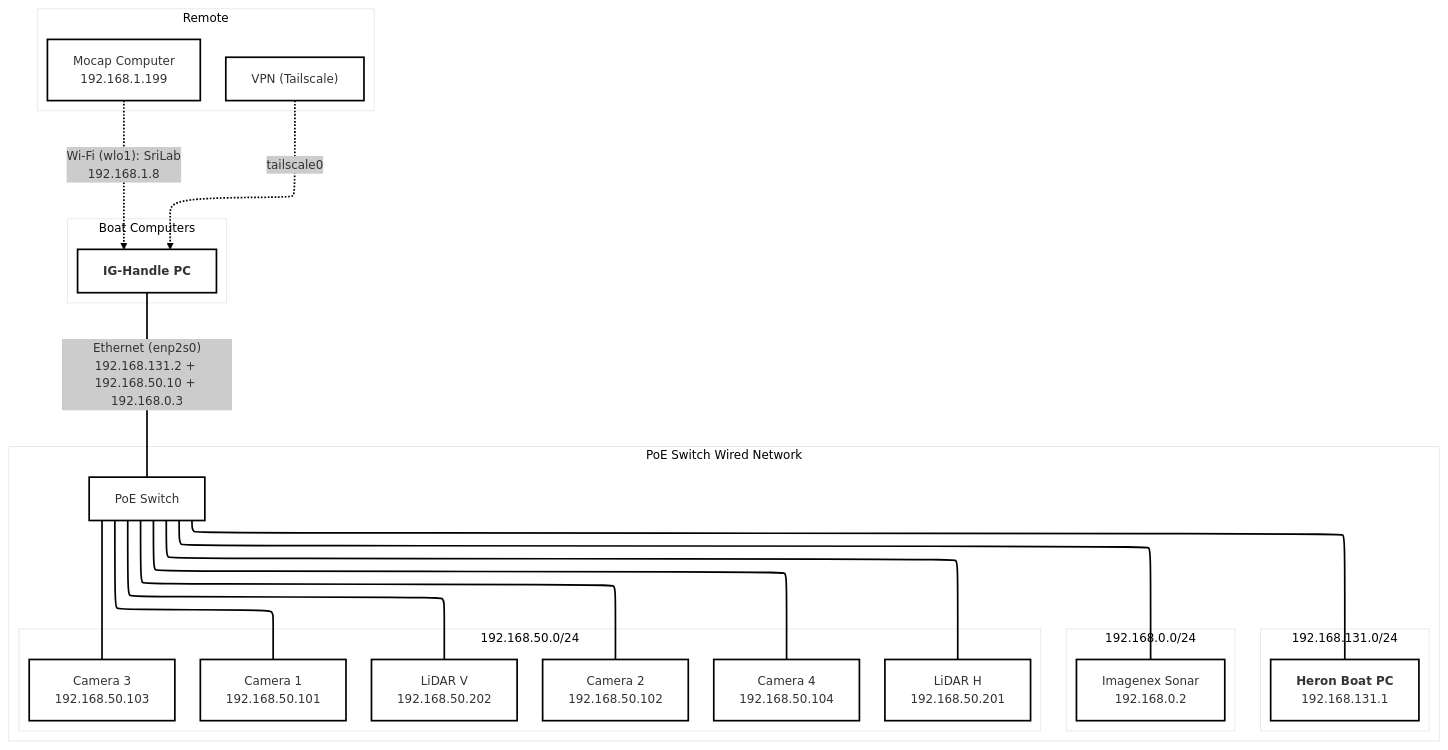
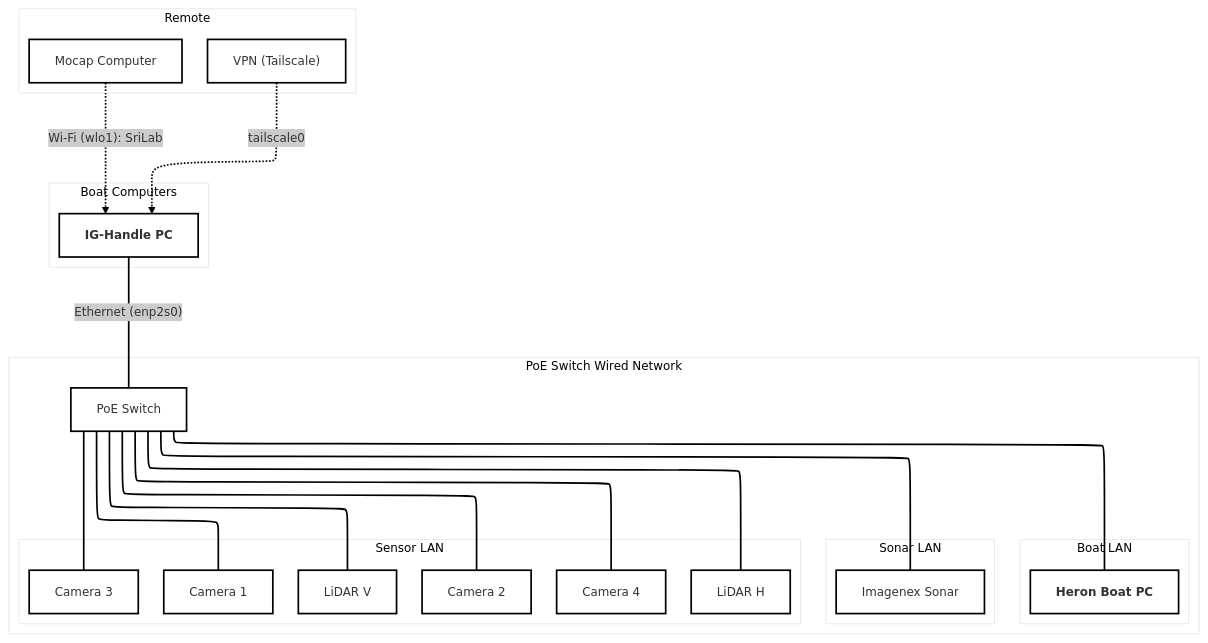
The first of 2 diagrams in README.md (aaronjs99/ig_handle), drawn with Mermaid before and after one commit. The commit also changed other lines of this file and 16 other files, not shown here.

````diff
--- a/README.md
+++ b/README.md
@@ -70,52 +70,52 @@
 ```mermaid
 ---
 config:
   theme: neo
   layout: elk
 ---
 graph TD
 
     subgraph Remote
-        Mocap["Mocap Computer<br/>192.168.1.199"]
+        Mocap["Mocap Computer"]
         VPN["VPN (Tailscale)"]
     end
 
     subgraph "Boat Computers"
         PC["<b>IG-Handle PC</b>"]
     end
 
     subgraph "PoE Switch Wired Network"
         Switch["PoE Switch"]
 
-        subgraph "192.168.131.0/24"
-            Heron["<b>Heron Boat PC</b><br/>192.168.131.1"]
+        subgraph "Boat LAN"
+            Heron["<b>Heron Boat PC</b>"]
         end
 
-        subgraph "192.168.50.0/24"
-            Cam1["Camera 1<br/>192.168.50.101"]
-            Cam2["Camera 2<br/>192.168.50.102"]
-            Cam3["Camera 3<br/>192.168.50.103"]
-            Cam4["Camera 4<br/>192.168.50.104"]
+        subgraph "Sensor LAN"
+            Cam1["Camera 1"]
+            Cam2["Camera 2"]
+            Cam3["Camera 3"]
+            Cam4["Camera 4"]
 
-            LidarH["LiDAR H<br/>192.168.50.201"]
-            LidarV["LiDAR V<br/>192.168.50.202"]
+            LidarH["LiDAR H"]
+            LidarV["LiDAR V"]
         end
 
-        subgraph "192.168.0.0/24"
-            Sonar["Imagenex Sonar<br/>192.168.0.2"]
+        subgraph "Sonar LAN"
+            Sonar["Imagenex Sonar"]
         end
     end
 
     VPN -. "tailscale0" .-> PC
-    Mocap -. "Wi-Fi (wlo1): SriLab<br/>192.168.1.8" .-> PC
-    PC ---|"Ethernet (enp2s0)<br/>192.168.131.2 + 192.168.50.10 + 192.168.0.3"| Switch
+    Mocap -. "Wi-Fi (wlo1): SriLab" .-> PC
+    PC ---|"Ethernet (enp2s0)"| Switch
 
     Switch --- Heron
     Switch --- Cam1
     Switch --- Cam2
     Switch --- Cam3
     Switch --- Cam4
     Switch --- LidarH
     Switch --- LidarV
     Switch --- Sonar
 ```
````
